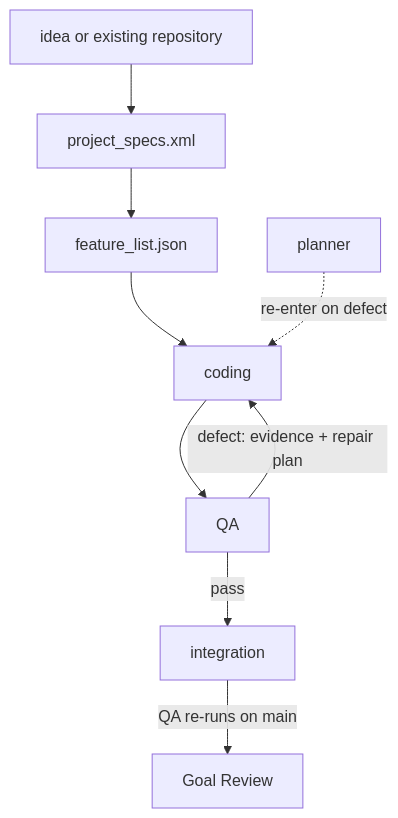
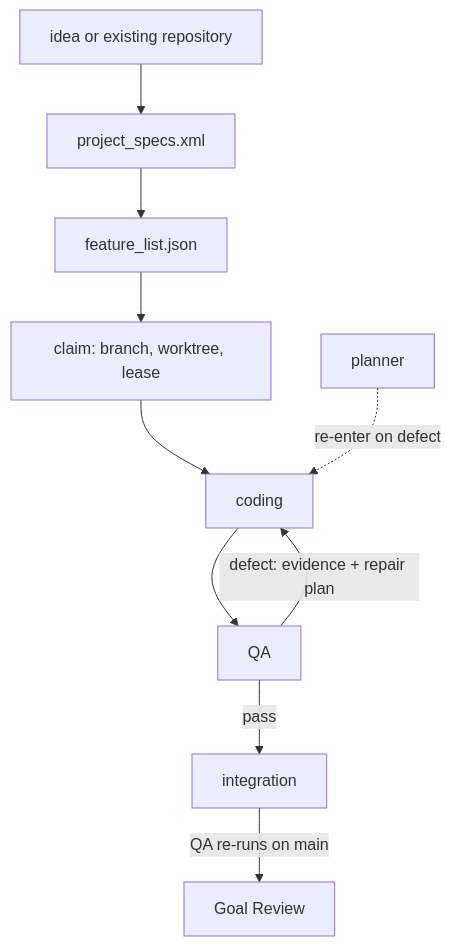
One commit to vinicius91carvalho/harness-engineering changed the diagram in README.md. Above: the diagram before and after it, drawn with Mermaid. The commit also changed other lines of this file and 2 other files, not shown here.

First line of the commit message:
docs: clarify bounded contexts, claim step, backup files, and OSS model rationale

````diff
--- a/README.md
+++ b/README.md
@@ -92,11 +105,12 @@
 ```mermaid
 flowchart TD
     I[idea or existing repository] --> S[project_specs.xml]
     S --> F[feature_list.json]
-    F --> C[coding]
+    F --> CL[claim: branch, worktree, lease]
+    CL --> C[coding]
     C --> QA[QA]
     QA -->|pass| INT[integration]
     INT -->|QA re-runs on main| GR[Goal Review]
     QA -->|defect: evidence + repair plan| C
     P[planner] -.->|re-enter on defect| C
 ```
````
